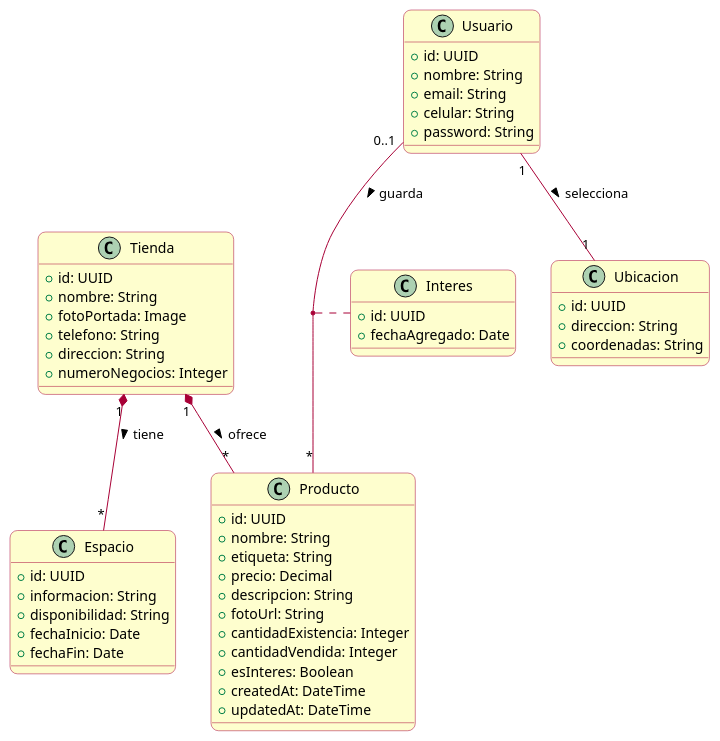
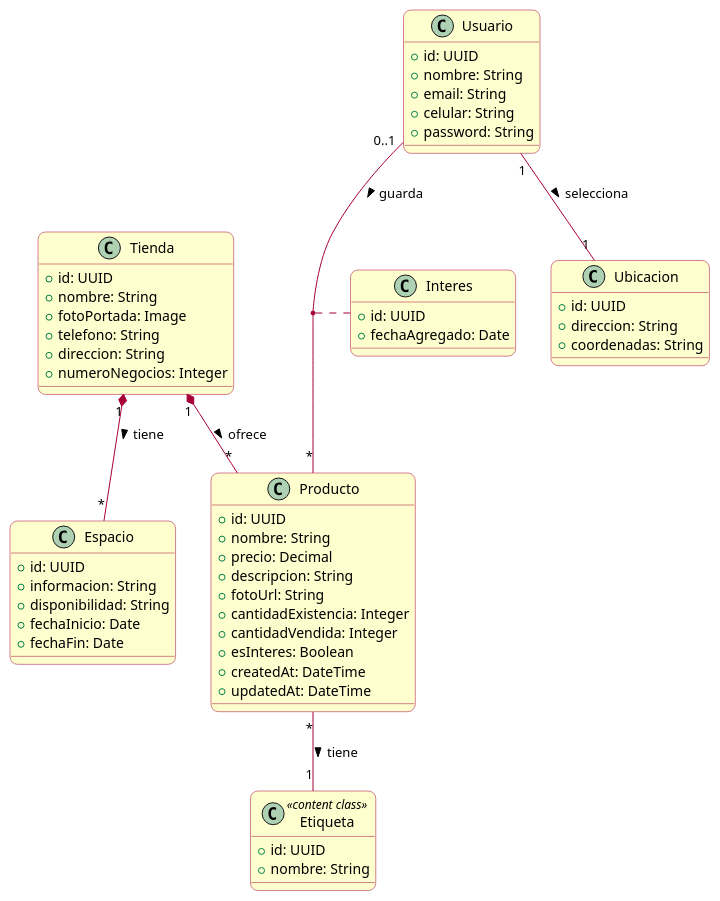
One commit to AtomicDevelopers/UWE-Tienda-Colectiva changed the diagram in Content Model/guest_user_content_model.puml. Above: the diagram before and after it, drawn with PlantUML.

Commit message:
Feat: Mejora Modelo de contenido de invitado 1.1

```diff
--- a/Content Model/guest_user_content_model.puml
+++ b/Content Model/guest_user_content_model.puml
@@ -1,79 +1,86 @@
 @startuml guest_user_content_model
 skinparam shadow false
 skinparam roundCorner 15
 skinparam class {
   BackgroundColor #FEFECE
   BorderColor #A80036
   ArrowColor #A80036
 }
 
 ' ==========================================
 ' MODELO DE CONTENIDO (UWE)
 ' ==========================================
 ' Muestra las clases del dominio y sus relaciones.
 
 class "Usuario" as Usuario {
   + id: UUID
   + nombre: String
   + email: String
   + celular: String
   + password: String
 }
 
 class "Ubicacion" as Ubicacion {
   + id: UUID
   + direccion: String
   + coordenadas: String
 }
 
 class "Tienda" as Tienda {
   + id: UUID
   + nombre: String
   + fotoPortada: Image
   + telefono: String
   + direccion: String
   + numeroNegocios: Integer
 }
 
 class "Producto" as Producto {
   + id: UUID
   + nombre: String
-  + etiqueta: String
   + precio: Decimal
   + descripcion: String
   + fotoUrl: String
   + cantidadExistencia: Integer
   + cantidadVendida: Integer
   + esInteres: Boolean
   + createdAt: DateTime
   + updatedAt: DateTime
+}
+
+class "Etiqueta" as Etiqueta <<content class>> {
+  + id: UUID
+  + nombre: String
 }
 
 class "Espacio" as Espacio {
   + id: UUID
   + informacion: String
   + disponibilidad: String
   + fechaInicio: Date
   + fechaFin: Date
 }
 
 ' Relación para marcar productos como favoritos
 class "Interes" as Interes {
   + id: UUID
   + fechaAgregado: Date
 }
 
 ' Relaciones
 
 ' Un usuario selecciona una ubicación
 Usuario "1" -- "1" Ubicacion : selecciona >
 
 ' Relación de favoritos (Muchos a Muchos)
 Usuario "0..1" -- "*" Producto : guarda >
 (Usuario, Producto) .. Interes
 
+' Producto tiene una etiqueta
+Producto "*" -- "1" Etiqueta : tiene >
+
 ' Tienda contiene productos y espacios
 Tienda "1" *-- "*" Producto : ofrece >
 Tienda "1" *-- "*" Espacio : tiene >
 
 @enduml
```
